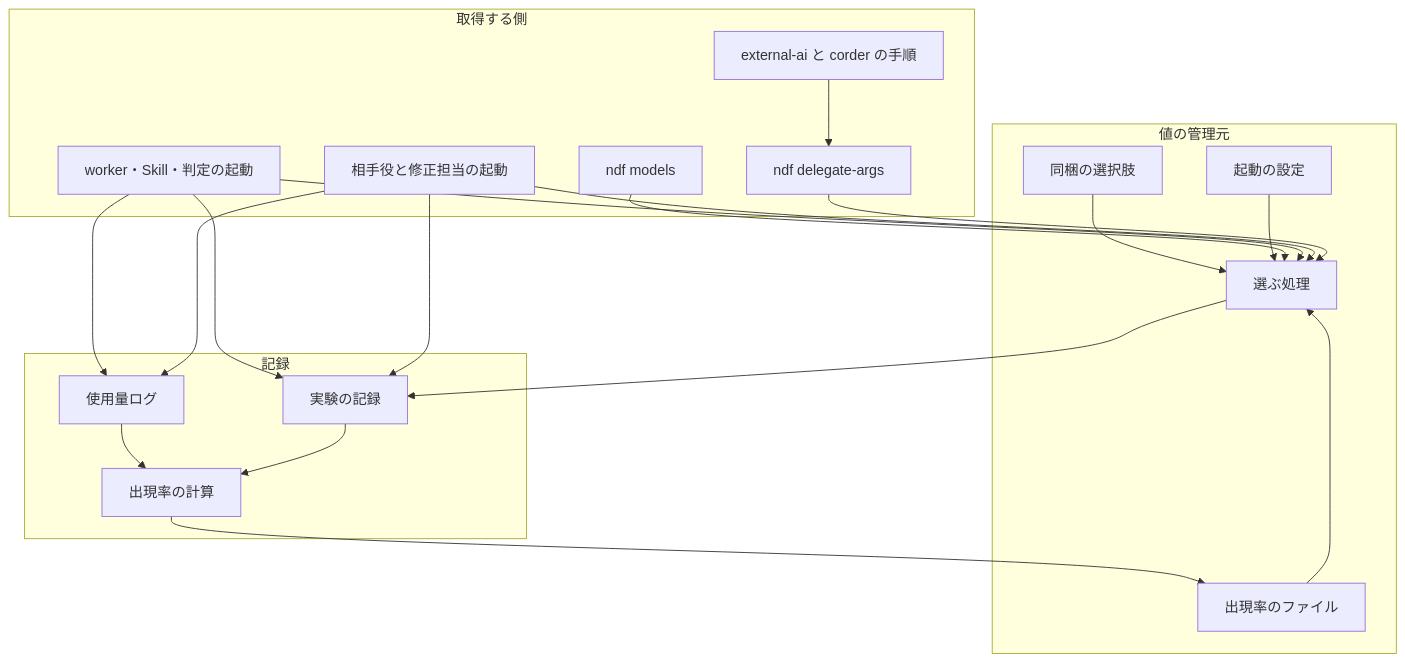
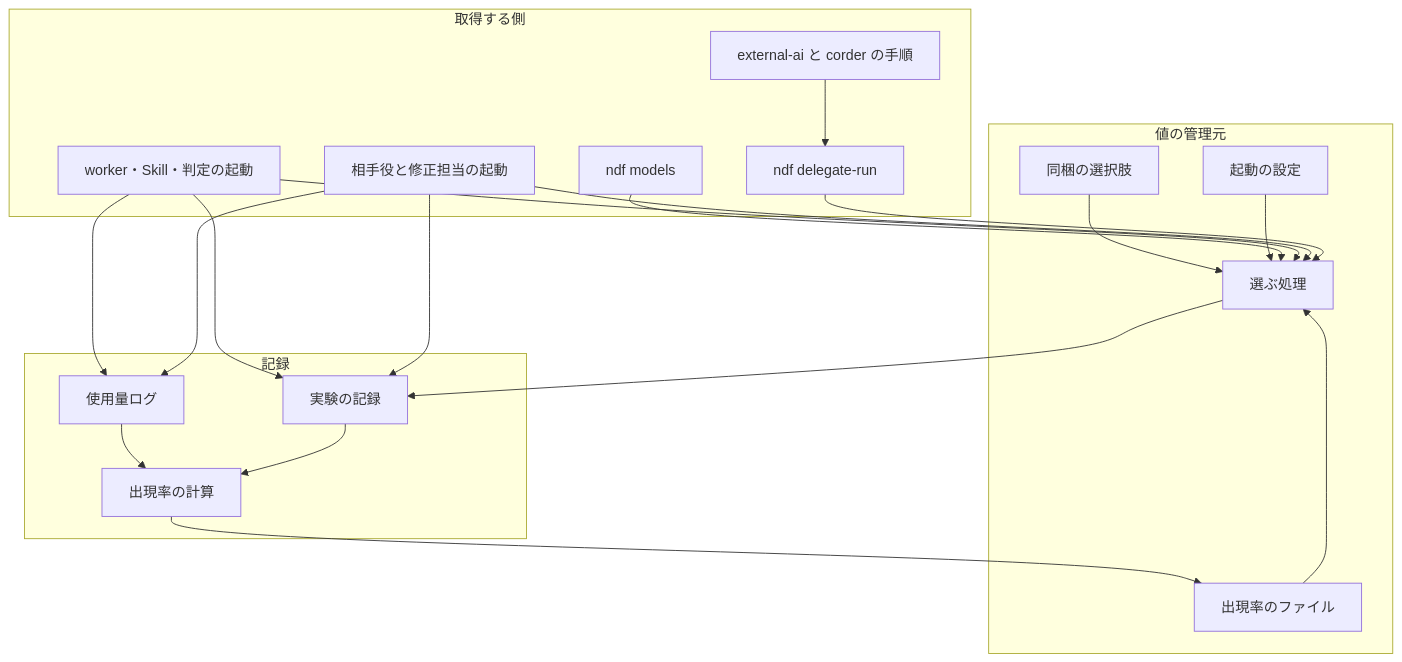
One commit to devbasex/ai-plugins changed the third of 4 diagrams in issues/issue-2944-design.md. Above: the diagram before and after it, drawn with Mermaid. The commit also changed other lines of this file and 6 other files, not shown here.

````diff
--- a/issues/issue-2944-design.md
+++ b/issues/issue-2944-design.md
@@ -171,29 +171,29 @@
 ```mermaid
 graph TD
     subgraph 値の管理元
         T[同梱の選択肢]
         P[起動の設定]
         F[出現率のファイル]
         R[選ぶ処理]
     end
     subgraph 取得する側
         M[ndf models]
-        D[ndf delegate-args]
+        D[ndf delegate-run]
         W[worker・Skill・判定の起動]
         S[相手役と修正担当の起動]
         E[external-ai と corder の手順]
     end
     subgraph 記録
         U[使用量ログ]
         X[実験の記録]
         B[出現率の計算]
     end
     T & P & F --> R
     M & W & S --> R
     E --> D
     D --> R
     R --> X
     W & S --> U
     W & S --> X
     U & X --> B --> F
 ```
````
